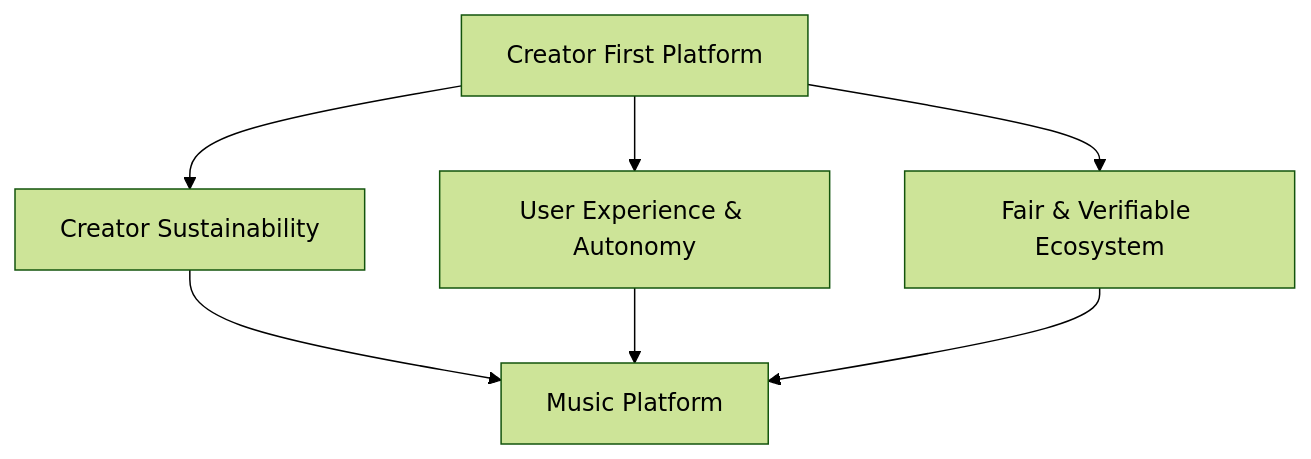
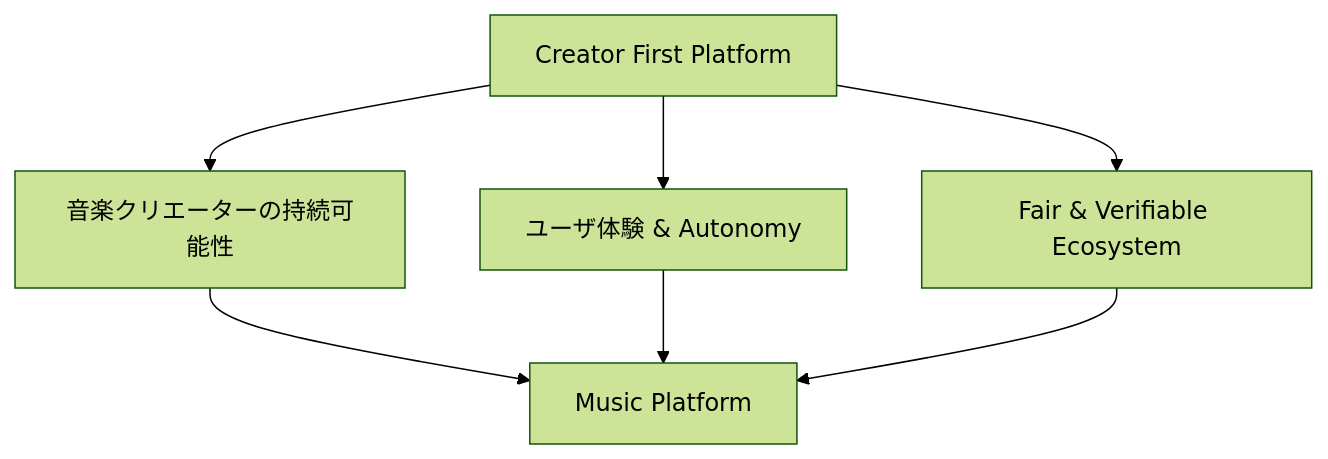
One commit to ShigeichiroYamasaki/creator-first-platform changed the first of 17 diagrams in docs/whitepaper/01-vision.md. Above: the diagram before and after it, drawn with Mermaid (forest theme). The commit also changed other lines of this file and 67 other files, not shown here.

````diff
--- a/docs/whitepaper/01-vision.md
+++ b/docs/whitepaper/01-vision.md
@@ -15,12 +15,12 @@
 ```mermaid
 flowchart TD
     VISION[Creator First Platform]
 
-    VISION --> CREATOR[Creator Sustainability]
-    VISION --> USER[User Experience & Autonomy]
+    VISION --> CREATOR[音楽クリエーターの持続可能性]
+    VISION --> USER[ユーザ体験 & Autonomy]
     VISION --> FAIR[Fair & Verifiable Ecosystem]
 
     CREATOR --> PLATFORM[Music Platform]
     USER --> PLATFORM
     FAIR --> PLATFORM
 ```
````
